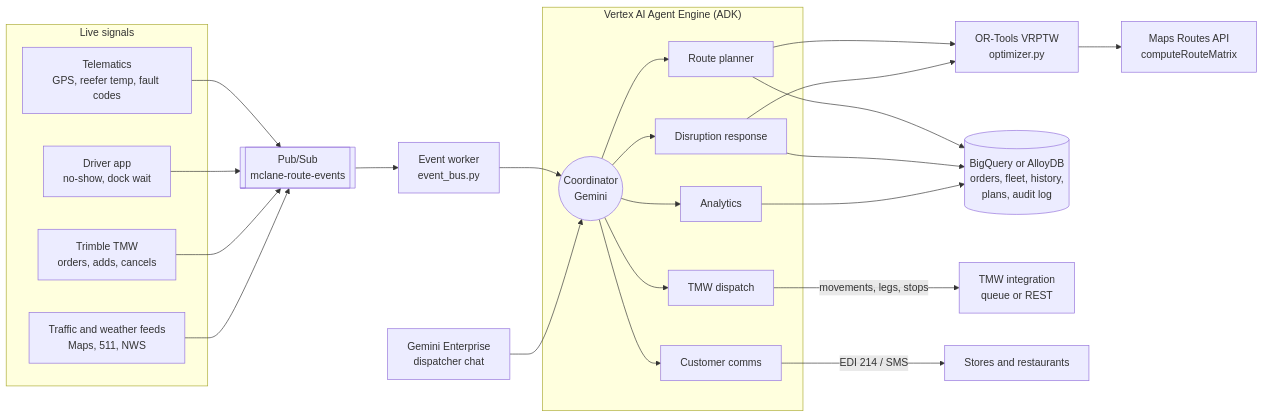
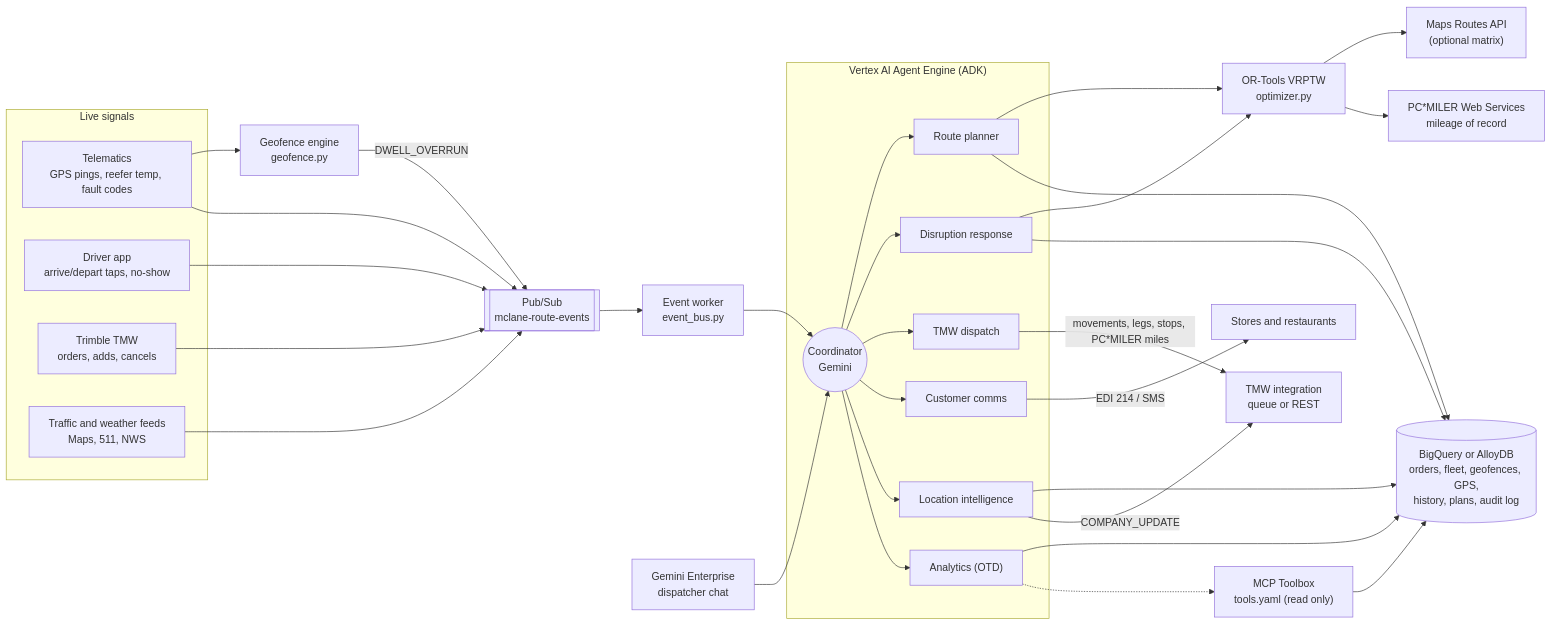
The first of 2 diagrams in docs/SOLUTION.md (balum211/mclane-route-optimization-agent), drawn with Mermaid before and after one commit. The commit also changed other lines of this file and 100 other files, not shown here.

First line of the commit message:
Add PC*MILER, geofence, dwell change, geolocation and Retail/Restaurant OTD; align with Antigravity sdd-adk starter

````diff
--- a/docs/SOLUTION.md
+++ b/docs/SOLUTION.md
@@ -11,38 +22,47 @@
 ```mermaid
 flowchart LR
   subgraph Sources["Live signals"]
-    TEL["Telematics<br/>GPS, reefer temp, fault codes"]
-    DRV["Driver app<br/>no-show, dock wait"]
+    TEL["Telematics<br/>GPS pings, reefer temp, fault codes"]
+    DRV["Driver app<br/>arrive/depart taps, no-show"]
     TMS["Trimble TMW<br/>orders, adds, cancels"]
     TRF["Traffic and weather feeds<br/>Maps, 511, NWS"]
   end
+  GF["Geofence engine<br/>geofence.py"]
+  TEL --> GF
   PS[["Pub/Sub<br/>mclane-route-events"]]
+  GF -->|DWELL_OVERRUN| PS
   TEL --> PS
   DRV --> PS
   TMS --> PS
   TRF --> PS
 
   subgraph AE["Vertex AI Agent Engine (ADK)"]
     ROOT(("Coordinator<br/>Gemini"))
     PLAN["Route planner"]
     DIS["Disruption response"]
     DISP["TMW dispatch"]
     COM["Customer comms"]
-    ANA["Analytics"]
-    ROOT --> PLAN & DIS & DISP & COM & ANA
+    LOC["Location intelligence"]
+    ANA["Analytics (OTD)"]
+    ROOT --> PLAN & DIS & DISP & COM & LOC & ANA
   end
   W["Event worker<br/>event_bus.py"]
   PS --> W --> ROOT
 
   SOLVER["OR-Tools VRPTW<br/>optimizer.py"]
-  MAPS["Maps Routes API<br/>computeRouteMatrix"]
+  MILES["PC*MILER Web Services<br/>mileage of record"]
+  MAPS["Maps Routes API<br/>(optional matrix)"]
   PLAN --> SOLVER
   DIS --> SOLVER
   SOLVER --> MAPS
+  SOLVER --> MILES
 
-  DB[("BigQuery or AlloyDB<br/>orders, fleet, history,<br/>plans, audit log")]
-  PLAN & DIS & ANA --> DB
-  DISP -->|movements, legs, stops| TMWAPI["TMW integration<br/>queue or REST"]
+  DB[("BigQuery or AlloyDB<br/>orders, fleet, geofences, GPS,<br/>history, plans, audit log")]
+  PLAN & DIS & LOC & ANA --> DB
+  TB["MCP Toolbox<br/>tools.yaml (read only)"] --> DB
+  ANA -.-> TB
+  DISP -->|movements, legs, stops, PC*MILER miles| TMWAPI["TMW integration<br/>queue or REST"]
+  LOC -->|COMPANY_UPDATE| TMWAPI
   COM -->|EDI 214 / SMS| CUST["Stores and restaurants"]
   GE["Gemini Enterprise<br/>dispatcher chat"] --> ROOT
 ```
````
